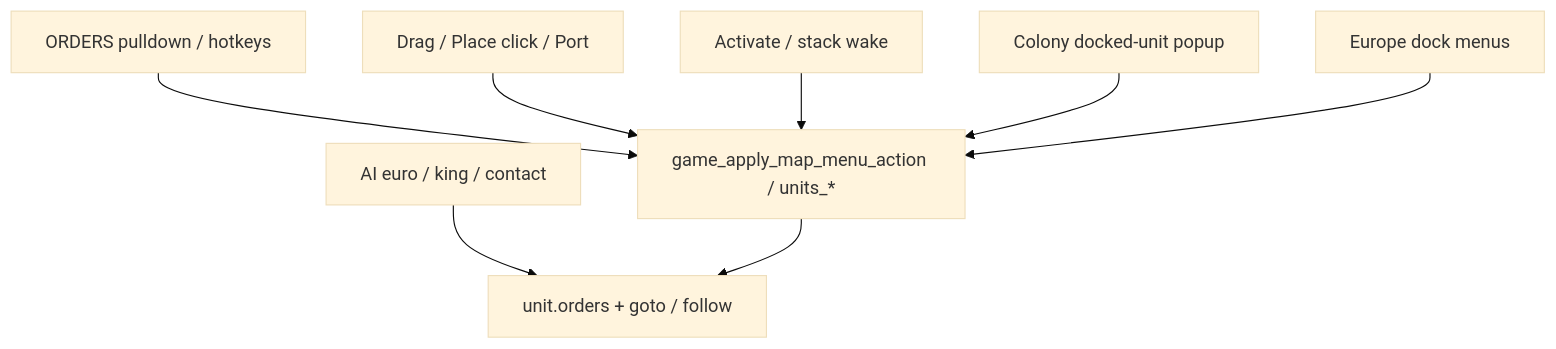
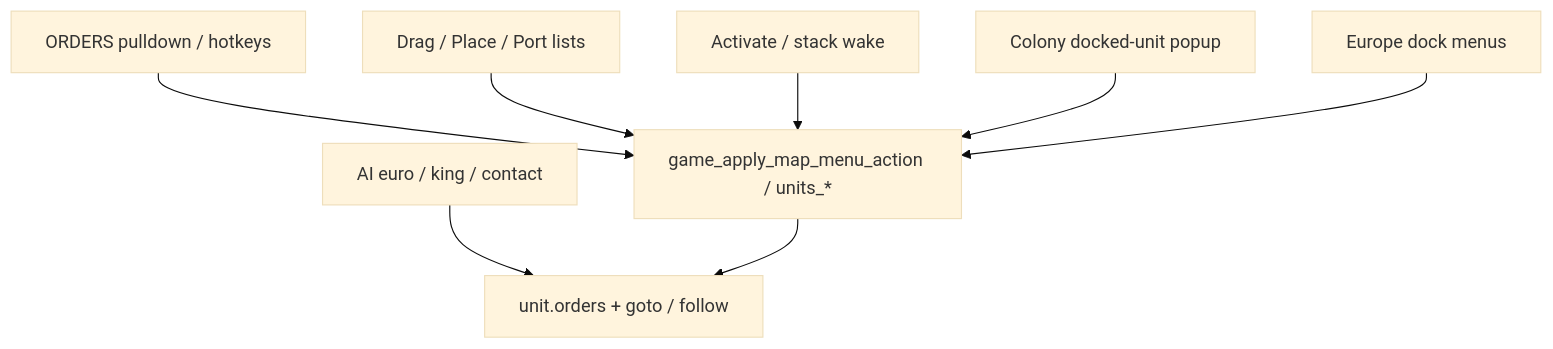
Before and after one commit to AbuDhabi/linux-colonize: the first of 2 diagrams in docs/unit_orders.md, drawn with Mermaid (base theme). The commit also changed other lines of this file and 51 other files, not shown here.

````diff
--- a/docs/unit_orders.md
+++ b/docs/unit_orders.md
@@ -60,19 +60,19 @@
 ```mermaid
 flowchart TD
   Menu["ORDERS pulldown / hotkeys"]
-  Mouse["Drag / Place click / Port"]
+  Mouse["Drag / Place / Port lists"]
   Stack["Activate / stack wake"]
   AI["AI euro / king / contact"]
   ColonyDock["Colony docked-unit popup"]
   EuropeDock["Europe dock menus"]
   Apply["game_apply_map_menu_action / units_*"]
   Byte["unit.orders + goto / follow"]
 
   Menu --> Apply
   Mouse --> Apply
   Stack --> Apply
   AI --> Byte
   ColonyDock --> Apply
   EuropeDock --> Apply
   Apply --> Byte
 ```
````
